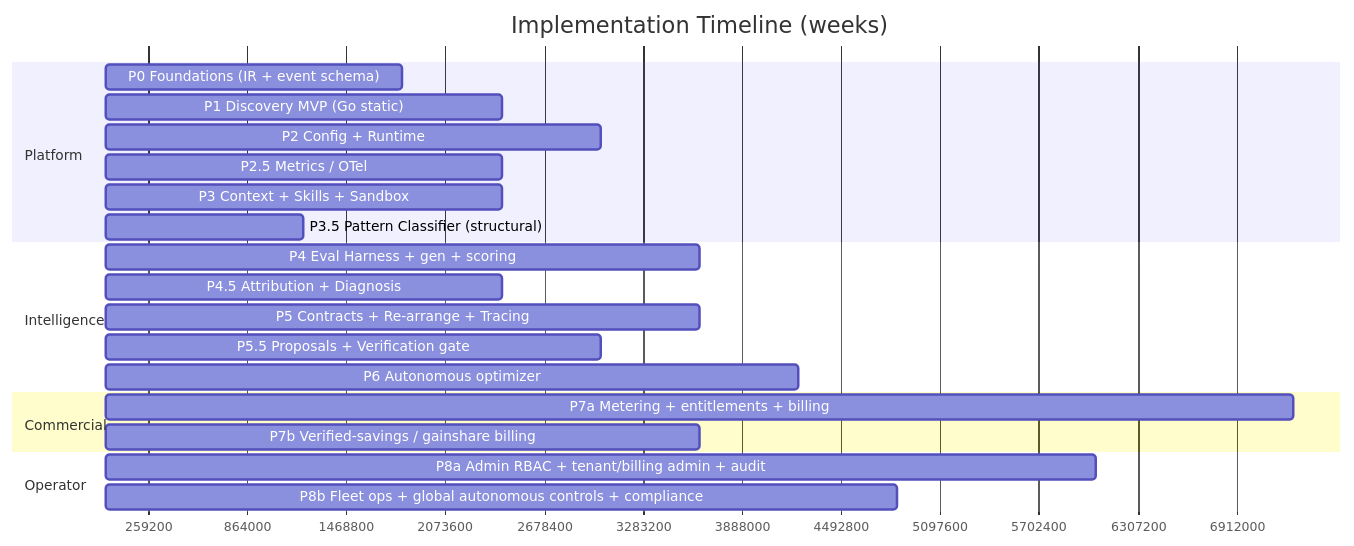
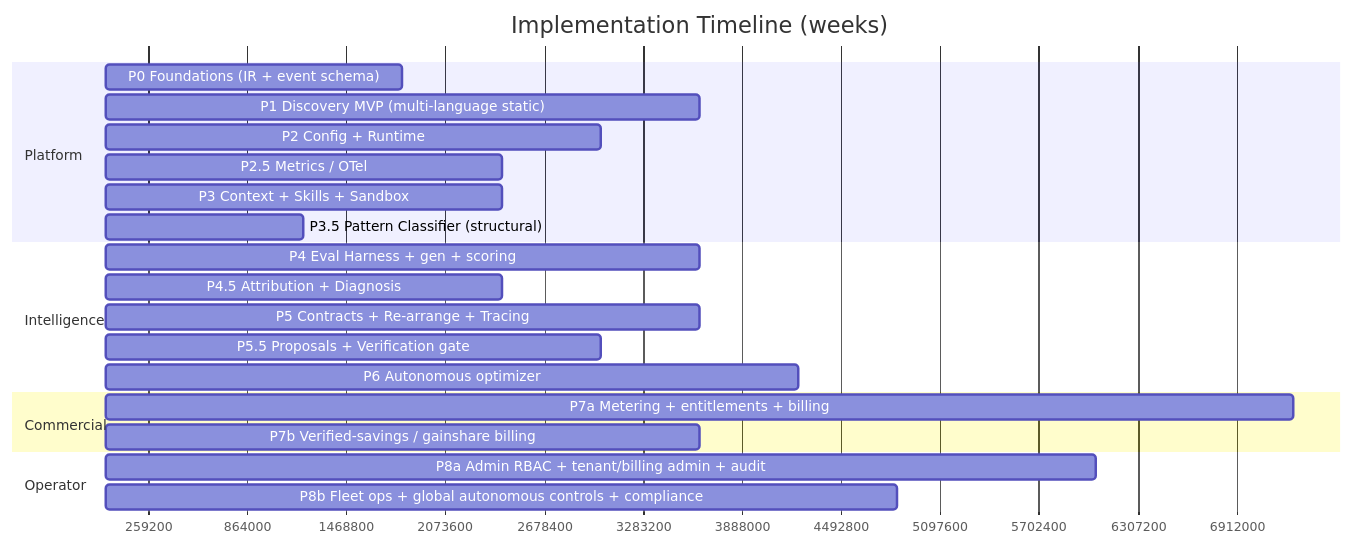
The third of 3 diagrams in docs/implementation-timeline/README.md (damonleelcx/heros-agent), drawn with Mermaid before and after one commit. The commit also changed 119 other files, not shown here.

````diff
--- a/docs/implementation-timeline/README.md
+++ b/docs/implementation-timeline/README.md
@@ -147,25 +147,25 @@
 ```mermaid
 gantt
   title Implementation Timeline (weeks)
   dateFormat X
   axisFormat %s
   section Platform
   P0 Foundations (IR + event schema)      :p0, 0, 3w
-  P1 Discovery MVP (Go static)            :p1, 3, 4w
+  P1 Discovery MVP (multi-language static) :p1, 3, 6w
   P2 Config + Runtime                     :p2, 6, 5w
   P2.5 Metrics / OTel                     :p25, 9, 4w
   P3 Context + Skills + Sandbox           :p3, 12, 4w
   P3.5 Pattern Classifier (structural)    :p35, 15, 2w
   section Intelligence
   P4 Eval Harness + gen + scoring         :p4, 16, 6w
   P4.5 Attribution + Diagnosis            :p45, 21, 4w
   P5 Contracts + Re-arrange + Tracing     :p5, 24, 6w
   P5.5 Proposals + Verification gate      :p55, 29, 5w
   P6 Autonomous optimizer                 :p6, 33, 7w
   section Commercial
   P7a Metering + entitlements + billing   :p7a, 22, 12w
   P7b Verified-savings / gainshare billing:p7b, 34, 6w
   section Operator
   P8a Admin RBAC + tenant/billing admin + audit :p8a, 24, 10w
   P8b Fleet ops + global autonomous controls + compliance :p8b, 34, 8w
 ```
````
